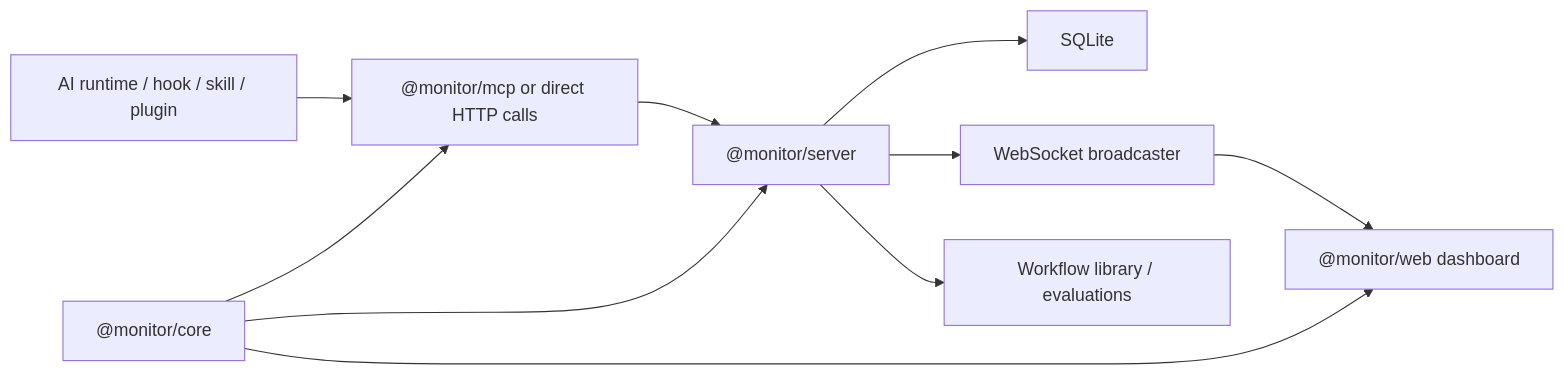
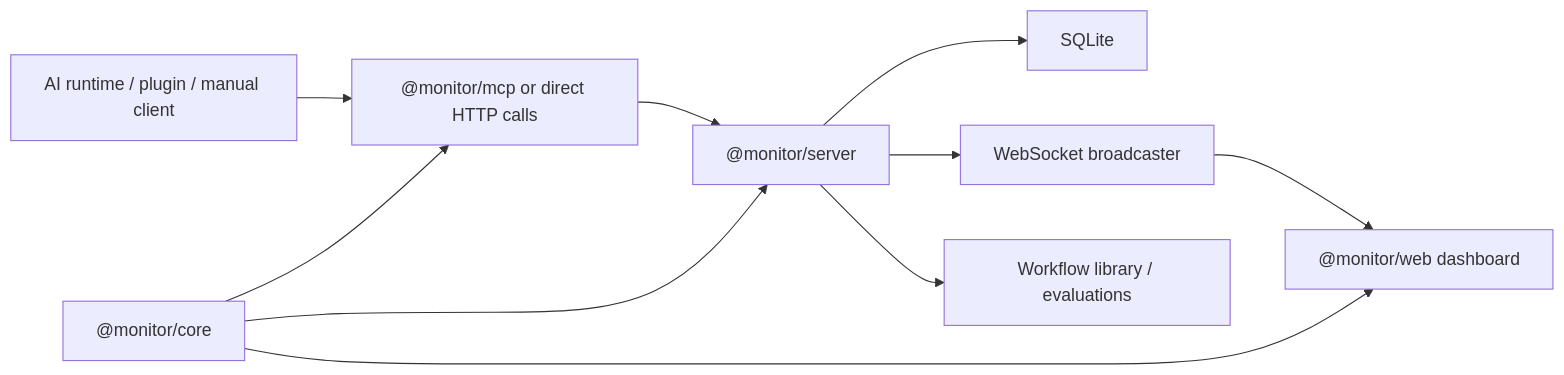
The diagram in docs/wiki/system-overview.md (belljun3395/agent-tracer), drawn with Mermaid before and after one commit. The commit also changed other lines of this file and 35 other files, not shown here.

````diff
--- a/docs/wiki/system-overview.md
+++ b/docs/wiki/system-overview.md
@@ -8,12 +8,12 @@
 ```mermaid
 flowchart LR
-  A["AI runtime / hook / skill / plugin"] --> B["@monitor/mcp or direct HTTP calls"]
+  A["AI runtime / plugin / manual client"] --> B["@monitor/mcp or direct HTTP calls"]
   B --> C["@monitor/server"]
   C --> D["SQLite"]
   C --> E["WebSocket broadcaster"]
   E --> F["@monitor/web dashboard"]
   C --> G["Workflow library / evaluations"]
   H["@monitor/core"] --> B
   H --> C
   H --> F
 ```
````
